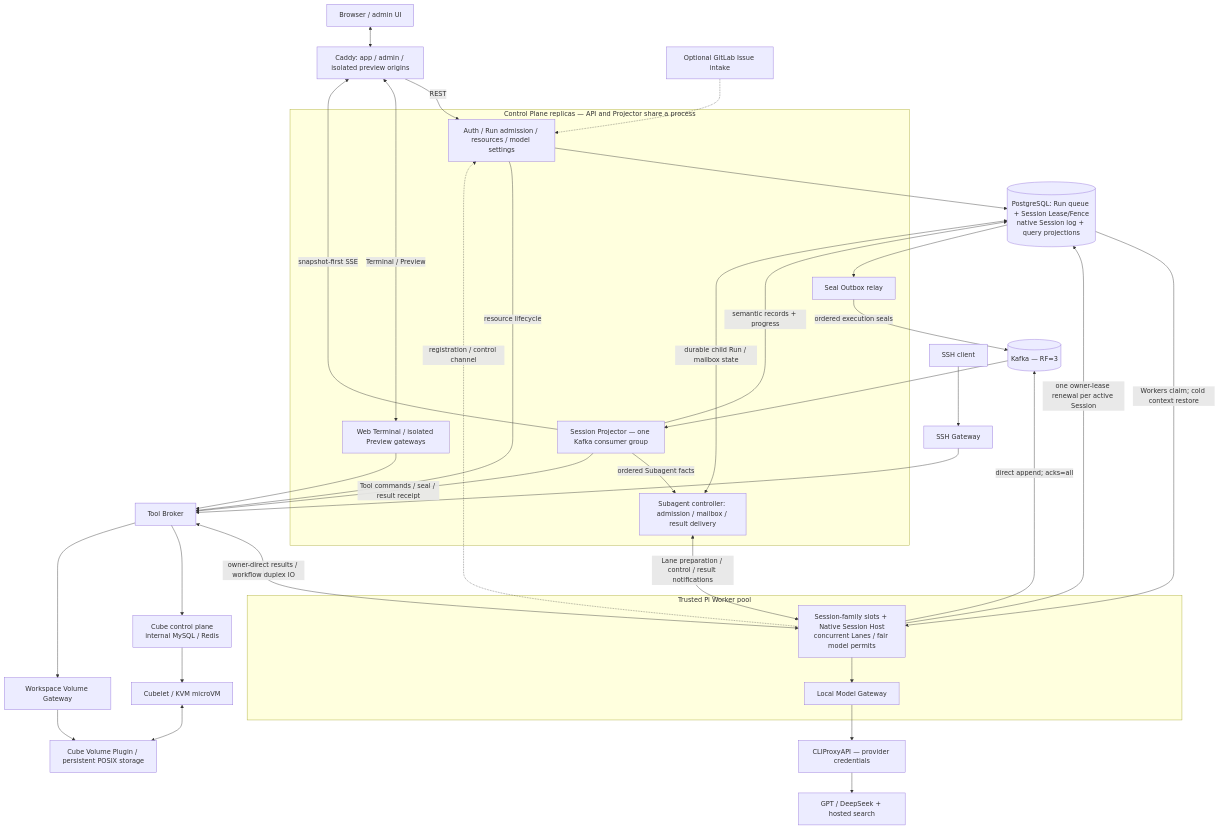
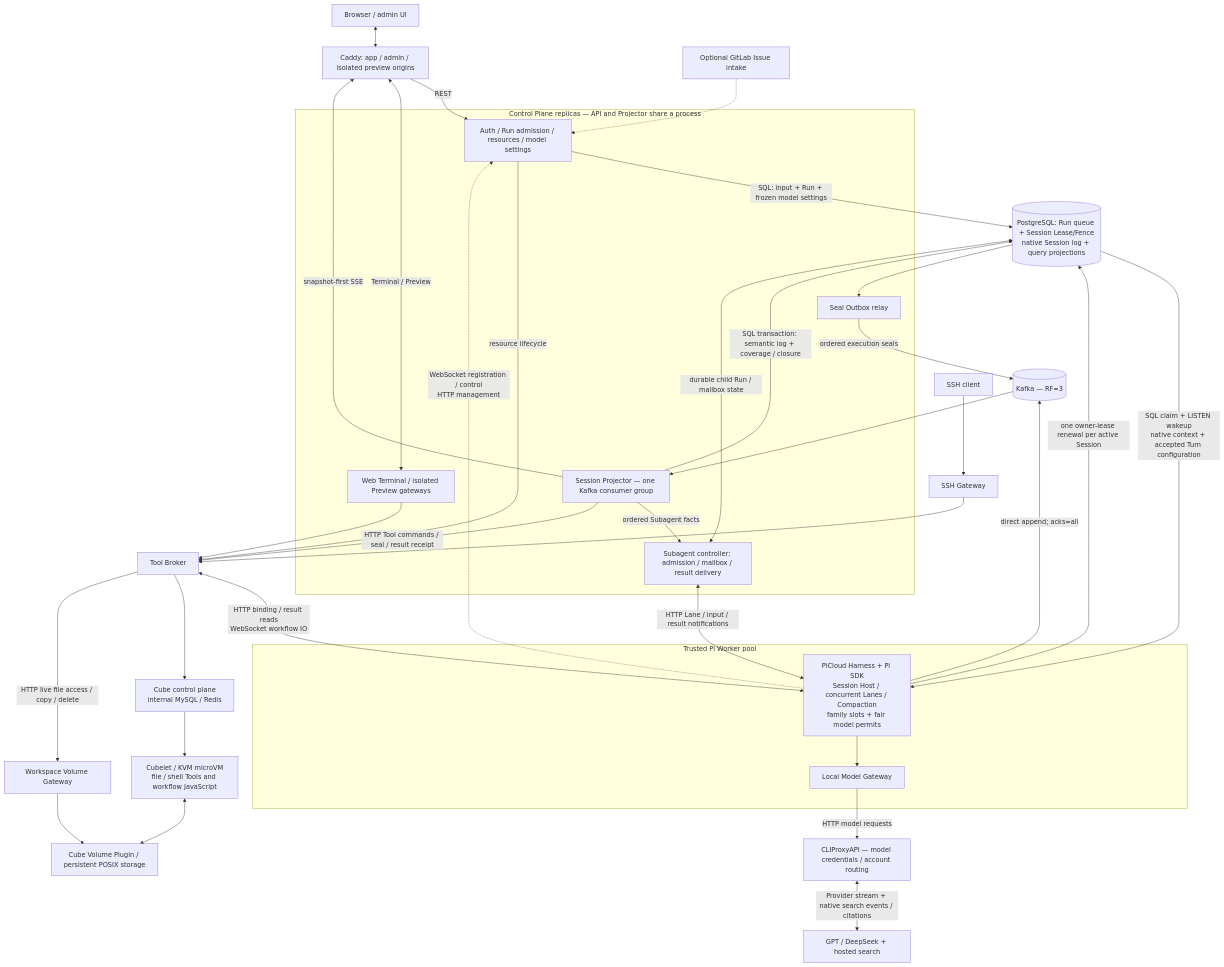
Before and after one commit to cookerpapa/pi-cloud: the diagram in README.md, drawn with Mermaid. The commit also changed other lines of this file and 1 other file, not shown here.

Commit message:
docs: map current runtime data flow and begin complete system audit

````diff
--- a/README.md
+++ b/README.md
@@ -31,44 +31,44 @@
 ```mermaid
 flowchart TD
   B["Browser / admin UI"] <--> E["Caddy: app / admin / isolated preview origins"]
   subgraph CP["Control Plane replicas — API and Projector share a process"]
     API["Auth / Run admission / resources / model settings"]
     P["Session Projector — one Kafka consumer group"]
     SC["Subagent controller: admission / mailbox / result delivery"]
     O["Seal Outbox relay"]
     G["Web Terminal / isolated Preview gateways"]
   end
   E -->|"REST"| API
   E <-->|"Terminal / Preview"| G
   P -->|"snapshot-first SSE"| E
   PG[("PostgreSQL: Run queue + Session Lease/Fence<br/>native Session log + query projections")]
-  API --> PG
+  API -->|"SQL: input + Run + frozen model settings"| PG
   PG --> O
   subgraph WPOOL["Trusted Pi Worker pool"]
-    W["Session-family slots + Native Session Host<br/>concurrent Lanes / fair model permits"]
+    W["PiCloud Harness + Pi SDK<br/>Session Host / concurrent Lanes / Compaction<br/>family slots + fair model permits"]
     M["Local Model Gateway"]
     W --> M
   end
-  PG -->|"Workers claim; cold context restore"| W
-  W -.->|"registration / control channel"| API
+  PG -->|"SQL claim + LISTEN wakeup<br/>native context + accepted Turn configuration"| W
+  W -.->|"WebSocket registration / control<br/>HTTP management"| API
   W -->|"one owner-lease renewal per active Session"| PG
-  M --> C["CLIProxyAPI — provider credentials"]
-  C --> L["GPT / DeepSeek + hosted search"]
+  M -->|"HTTP model requests"| C["CLIProxyAPI — model credentials / account routing"]
+  C <-->|"Provider stream + native search events / citations"| L["GPT / DeepSeek + hosted search"]
   W -->|"direct append; acks=all"| K[("Kafka — RF=3")]
   O -->|"ordered execution seals"| K
   K --> P
-  P -->|"semantic records + progress"| PG
+  P -->|"SQL transaction: semantic log + coverage / closure"| PG
   P -->|"ordered Subagent facts"| SC
   SC <-->|"durable child Run / mailbox state"| PG
-  SC <-->|"Lane preparation / control / result notifications"| W
-  P -->|"Tool commands / seal / result receipt"| TB["Tool Broker"]
-  TB <-->|"owner-direct results / workflow duplex IO"| W
+  SC <-->|"HTTP Lane / input / result notifications"| W
+  P -->|"HTTP Tool commands / seal / result receipt"| TB["Tool Broker"]
+  TB <-->|"HTTP binding / result reads<br/>WebSocket workflow IO"| W
   API -->|"resource lifecycle"| TB
   G --> TB
   S["SSH client"] --> SG["SSH Gateway"] --> TB
   TB --> CC["Cube control plane<br/>internal MySQL / Redis"]
-  CC --> VM["Cubelet / KVM microVM"]
+  CC --> VM["Cubelet / KVM microVM<br/>file / shell Tools and workflow JavaScript"]
   VM <--> V["Cube Volume Plugin / persistent POSIX storage"]
-  TB --> VG["Workspace Volume Gateway"] --> V
+  TB -->|"HTTP live file access / copy / delete"| VG["Workspace Volume Gateway"] --> V
   GL["Optional GitLab Issue intake"] -.-> API
 ```
````
